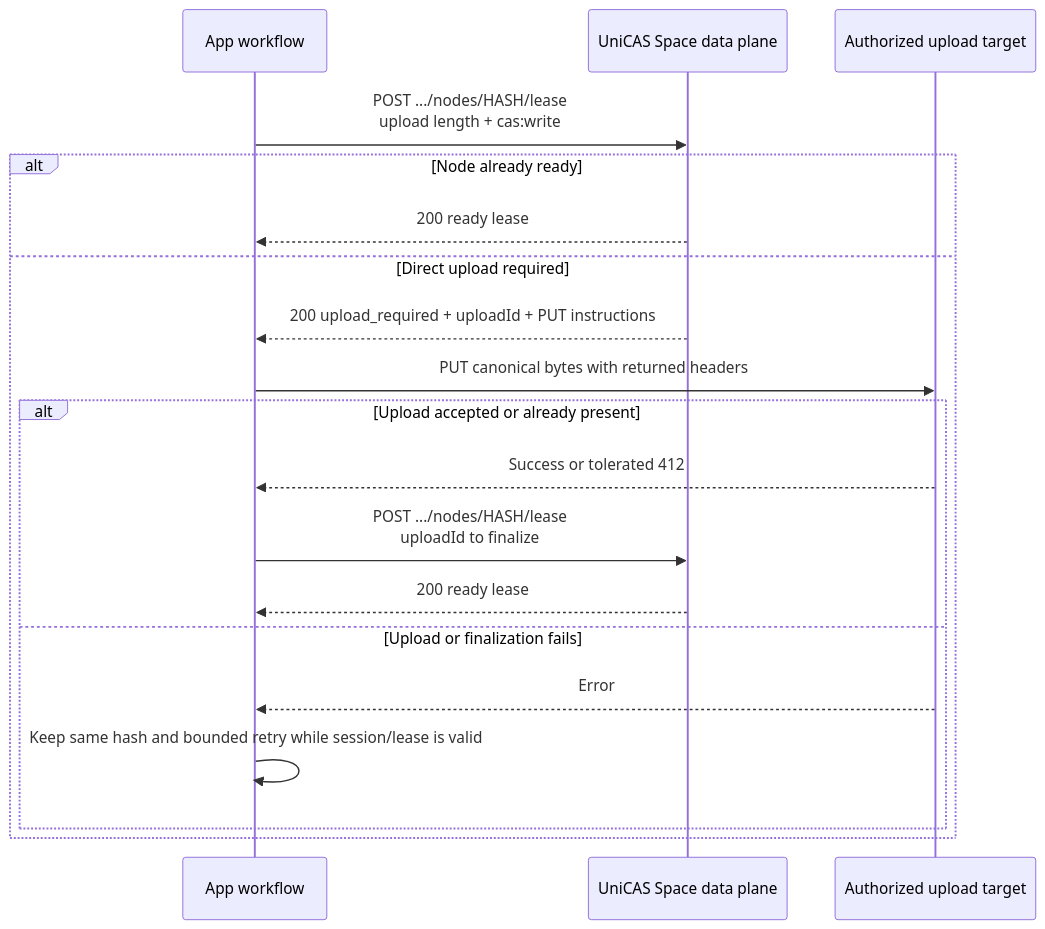
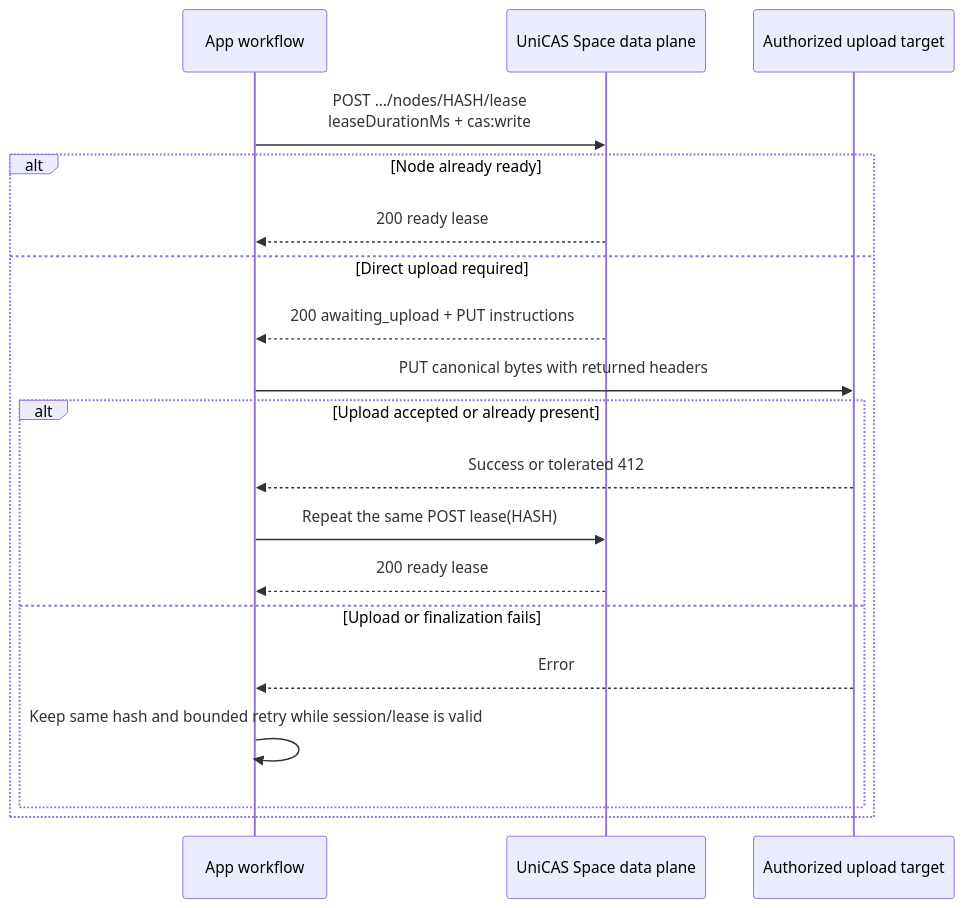
The third of 5 diagrams in docs/app-user-api/scenarios.md (shazhou-ww/unicas), drawn with Mermaid before and after one commit. The commit also changed other lines of this file and 38 other files, not shown here.

First line of the commit message:
feat(cas): add lease-driven direct node uploads

````diff
--- a/docs/app-user-api/scenarios.md
+++ b/docs/app-user-api/scenarios.md
@@ -74,22 +74,22 @@
 ```mermaid
 sequenceDiagram
     participant App as App workflow
     participant CAS as UniCAS Space data plane
     participant Upload as Authorized upload target
 
-    App->>CAS: POST .../nodes/HASH/lease<br/>upload length + cas:write
+    App->>CAS: POST .../nodes/HASH/lease<br/>leaseDurationMs + cas:write
     alt Node already ready
         CAS-->>App: 200 ready lease
     else Direct upload required
-        CAS-->>App: 200 upload_required + uploadId + PUT instructions
+        CAS-->>App: 200 awaiting_upload + PUT instructions
         App->>Upload: PUT canonical bytes with returned headers
         alt Upload accepted or already present
             Upload-->>App: Success or tolerated 412
-            App->>CAS: POST .../nodes/HASH/lease<br/>uploadId to finalize
+            App->>CAS: Repeat the same POST lease(HASH)
             CAS-->>App: 200 ready lease
         else Upload or finalization fails
             Upload-->>App: Error
             App->>App: Keep same hash and bounded retry while session/lease is valid
         end
     end
 ```
````
